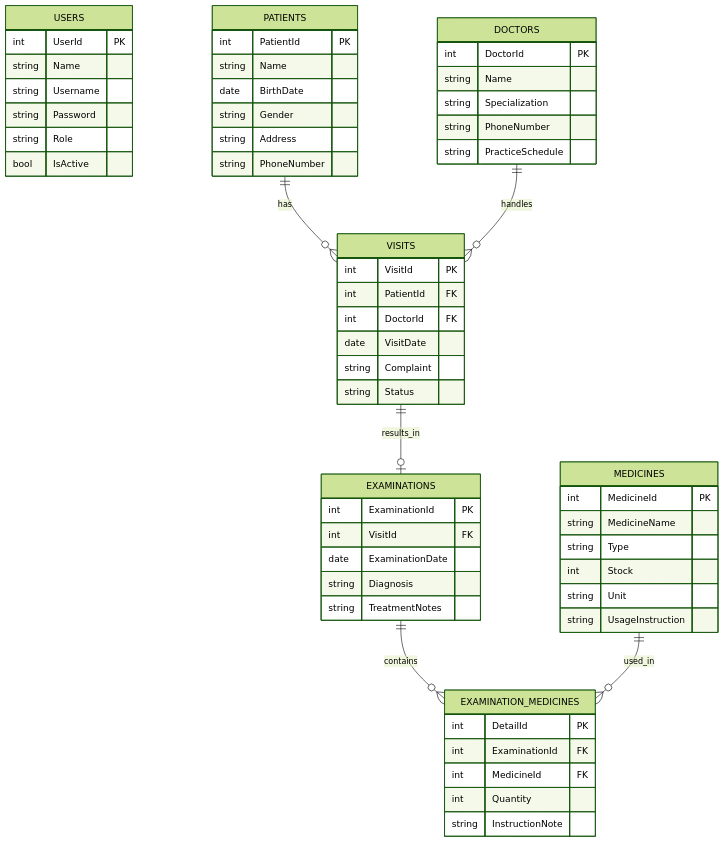
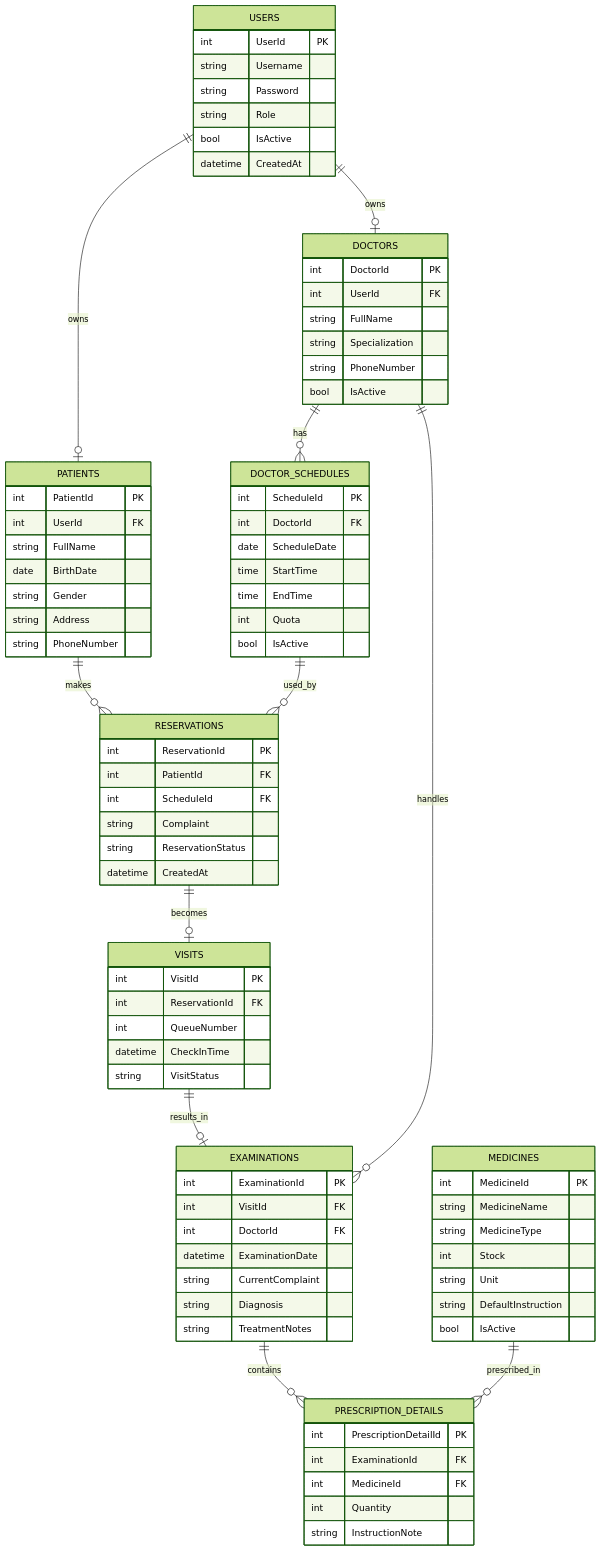
Before and after one commit to Mubax5/Klinik-Sehat: the fourth of 9 diagrams in README.md, drawn with Mermaid (forest theme). The commit also changed other lines of this file, not shown here.

````diff
--- a/README.md
+++ b/README.md
@@ -848,16 +1049,17 @@
 erDiagram
     USERS {
         int UserId PK
-        string Name
         string Username
         string Password
         string Role
         bool IsActive
+        datetime CreatedAt
     }
 
     PATIENTS {
         int PatientId PK
-        string Name
+        int UserId FK
+        string FullName
         date BirthDate
         string Gender
         string Address
@@ -866,49 +1068,76 @@
 
     DOCTORS {
         int DoctorId PK
-        string Name
+        int UserId FK
+        string FullName
         string Specialization
         string PhoneNumber
-        string PracticeSchedule
+        bool IsActive
+    }
+
+    DOCTOR_SCHEDULES {
+        int ScheduleId PK
+        int DoctorId FK
+        date ScheduleDate
+        time StartTime
+        time EndTime
+        int Quota
+        bool IsActive
+    }
+
+    RESERVATIONS {
+        int ReservationId PK
+        int PatientId FK
+        int ScheduleId FK
+        string Complaint
+        string ReservationStatus
+        datetime CreatedAt
+    }
+
+    VISITS {
+        int VisitId PK
+        int ReservationId FK
+        int QueueNumber
+        datetime CheckInTime
+        string VisitStatus
+    }
+
+    EXAMINATIONS {
+        int ExaminationId PK
+        int VisitId FK
+        int DoctorId FK
+        datetime ExaminationDate
+        string CurrentComplaint
+        string Diagnosis
+        string TreatmentNotes
     }
 
     MEDICINES {
         int MedicineId PK
         string MedicineName
-        string Type
+        string MedicineType
         int Stock
         string Unit
-        string UsageInstruction
+        string DefaultInstruction
+        bool IsActive
     }
 
-    VISITS {
-        int VisitId PK
-        int PatientId FK
-        int DoctorId FK
-        date VisitDate
-        string Complaint
-        string Status
-    }
-
-    EXAMINATIONS {
-        int ExaminationId PK
-        int VisitId FK
-        date ExaminationDate
-        string Diagnosis
-        string TreatmentNotes
-    }
-
-    EXAMINATION_MEDICINES {
-        int DetailId PK
+    PRESCRIPTION_DETAILS {
+        int PrescriptionDetailId PK
         int ExaminationId FK
         int MedicineId FK
         int Quantity
         string InstructionNote
     }
 
-    PATIENTS ||--o{ VISITS : has
-    DOCTORS ||--o{ VISITS : handles
+    USERS ||--o| PATIENTS : owns
+    USERS ||--o| DOCTORS : owns
+    PATIENTS ||--o{ RESERVATIONS : makes
+    DOCTORS ||--o{ DOCTOR_SCHEDULES : has
+    DOCTOR_SCHEDULES ||--o{ RESERVATIONS : used_by
+    RESERVATIONS ||--o| VISITS : becomes
     VISITS ||--o| EXAMINATIONS : results_in
-    EXAMINATIONS ||--o{ EXAMINATION_MEDICINES : contains
-    MEDICINES ||--o{ EXAMINATION_MEDICINES : used_in
+    DOCTORS ||--o{ EXAMINATIONS : handles
+    EXAMINATIONS ||--o{ PRESCRIPTION_DETAILS : contains
+    MEDICINES ||--o{ PRESCRIPTION_DETAILS : prescribed_in
 ```
````
